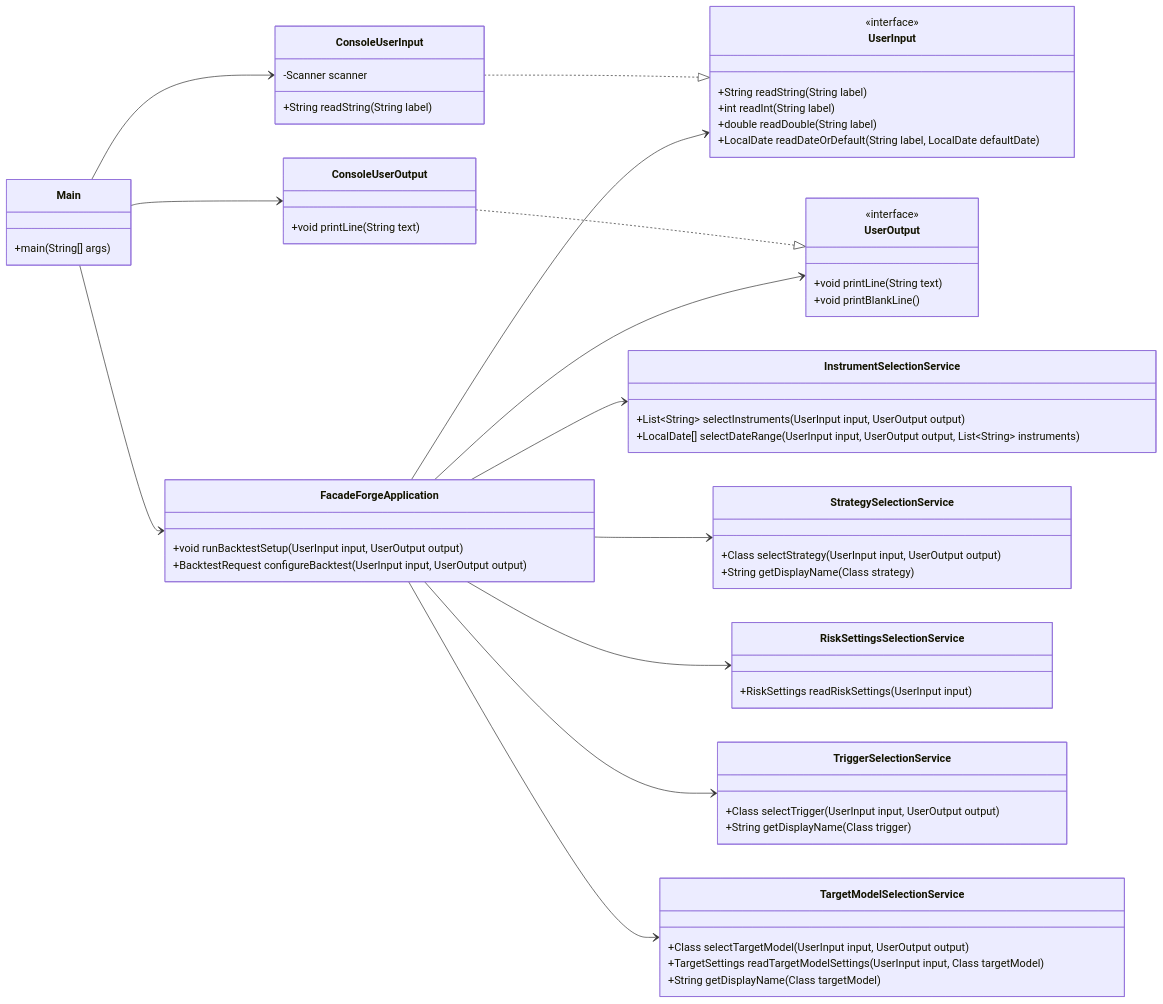
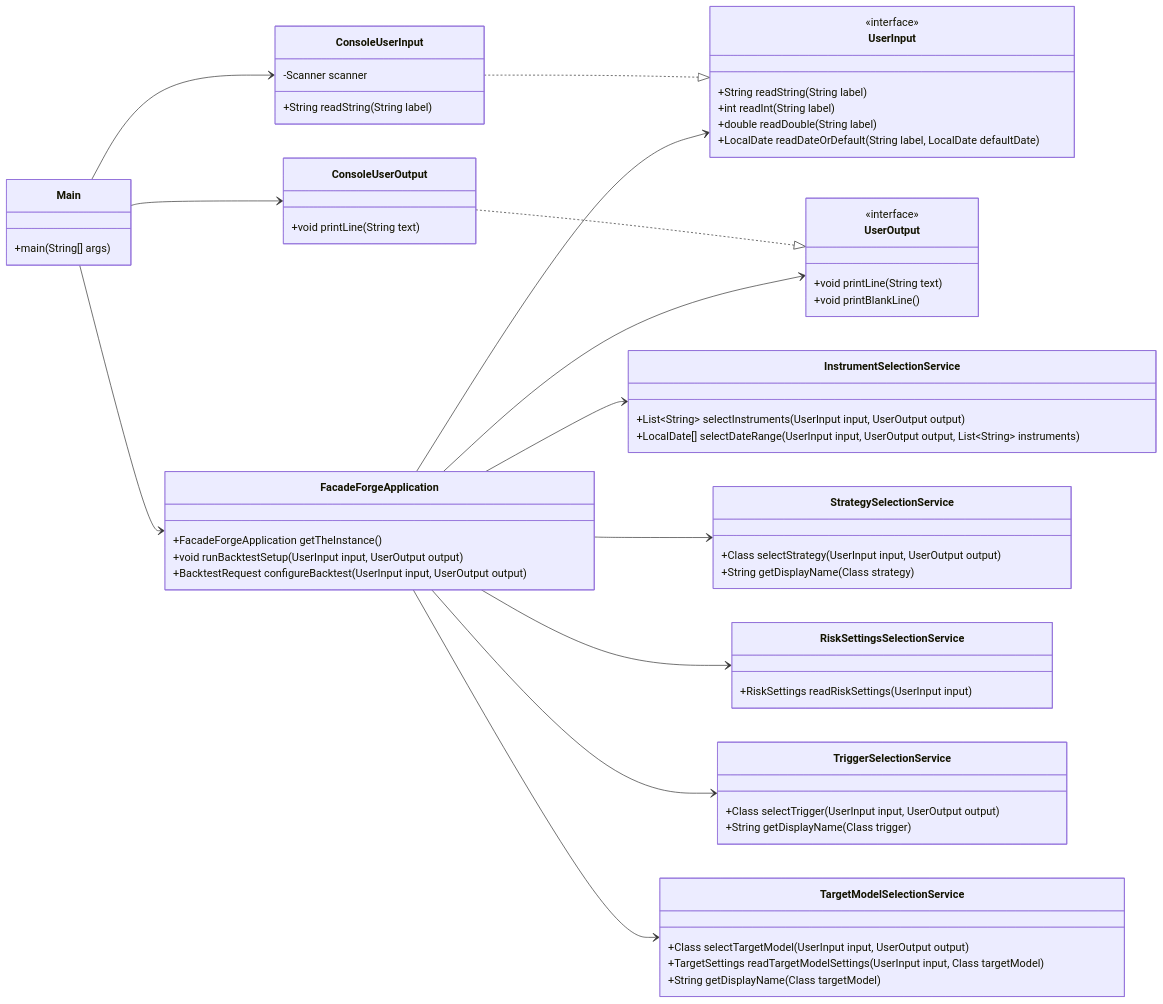
One commit to probst-paul/FORGE changed the third of 12 diagrams in class-model.md. Above: the diagram before and after it, drawn with Mermaid. The commit also changed other lines of this file and 13 other files, not shown here.

First line of the commit message:
Rename facades to FacadeForge* and add singletons

````diff
--- a/class-model.md
+++ b/class-model.md
@@ -111,74 +111,75 @@
 ```mermaid
 classDiagram
     direction LR
 
     class Main {
         +main(String[] args)
     }
 
     class FacadeForgeApplication {
+        +FacadeForgeApplication getTheInstance()
         +void runBacktestSetup(UserInput input, UserOutput output)
         +BacktestRequest configureBacktest(UserInput input, UserOutput output)
     }
 
     class InstrumentSelectionService {
         +List~String~ selectInstruments(UserInput input, UserOutput output)
         +LocalDate[] selectDateRange(UserInput input, UserOutput output, List~String~ instruments)
     }
 
     class StrategySelectionService {
         +Class selectStrategy(UserInput input, UserOutput output)
         +String getDisplayName(Class strategy)
     }
 
     class RiskSettingsSelectionService {
         +RiskSettings readRiskSettings(UserInput input)
     }
 
     class TriggerSelectionService {
         +Class selectTrigger(UserInput input, UserOutput output)
         +String getDisplayName(Class trigger)
     }
 
     class TargetModelSelectionService {
         +Class selectTargetModel(UserInput input, UserOutput output)
         +TargetSettings readTargetModelSettings(UserInput input, Class targetModel)
         +String getDisplayName(Class targetModel)
     }
 
     class UserInput {
         <<interface>>
         +String readString(String label)
         +int readInt(String label)
         +double readDouble(String label)
         +LocalDate readDateOrDefault(String label, LocalDate defaultDate)
     }
 
     class ConsoleUserInput {
         -Scanner scanner
         +String readString(String label)
     }
 
     class UserOutput {
         <<interface>>
         +void printLine(String text)
         +void printBlankLine()
     }
 
     class ConsoleUserOutput {
         +void printLine(String text)
     }
 
     Main --> FacadeForgeApplication
     Main --> ConsoleUserInput
     Main --> ConsoleUserOutput
     ConsoleUserInput ..|> UserInput
     ConsoleUserOutput ..|> UserOutput
     FacadeForgeApplication --> UserInput
     FacadeForgeApplication --> UserOutput
     FacadeForgeApplication --> InstrumentSelectionService
     FacadeForgeApplication --> StrategySelectionService
     FacadeForgeApplication --> RiskSettingsSelectionService
     FacadeForgeApplication --> TriggerSelectionService
     FacadeForgeApplication --> TargetModelSelectionService
 ```
````
